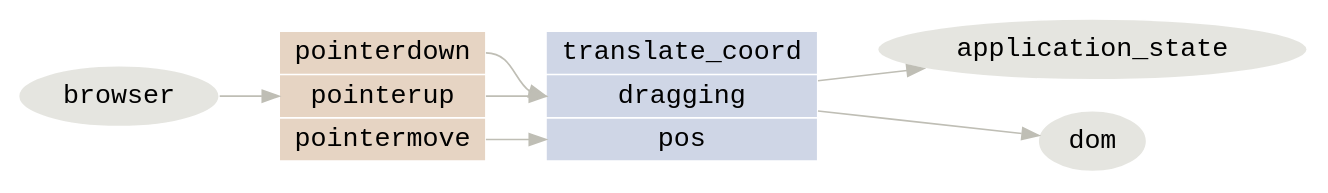
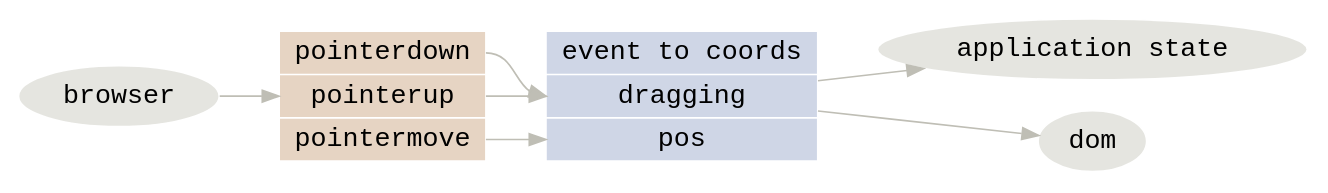
The diagram in examples.org (redblobgames/making-of-draggable), drawn with Graphviz before and after one commit. The commit also changed other lines of this file and 3 other files, not shown here.

```diff
--- a/examples.org
+++ b/examples.org
@@ -10,32 +10,32 @@
 #+begin_src dot :file build/diagram-state-and-event-handlers.svg
 digraph Handlers {
   node [
     style="filled"
     color="white"
     fillcolor="0.15 0.02 0.90"
     fontname="monospace"
     fontsize=16
   ]
   edge [color="0.15 0.05 0.75"]
   rankdir = "LR"
 
   event [
     shape = record
     fillcolor="#e6d4c3"
     label = "<down> pointerdown | <up> pointerup | <move> pointermove";
   ];
 
   state [
     shape = record
     fillcolor="#cfd6e6"
-    label = "translate_coord | <dragging> dragging | <pos> pos";
+    label = "event to coords | <dragging> dragging | <pos> pos";
   ];
 
   browser -> event;
   event:down -> state:dragging;
   event:up -> state:dragging;
   event:move -> state:pos;
-  state -> application_state;
+  state -> "application state";
   state -> dom;
 }
 #+end_src
```
